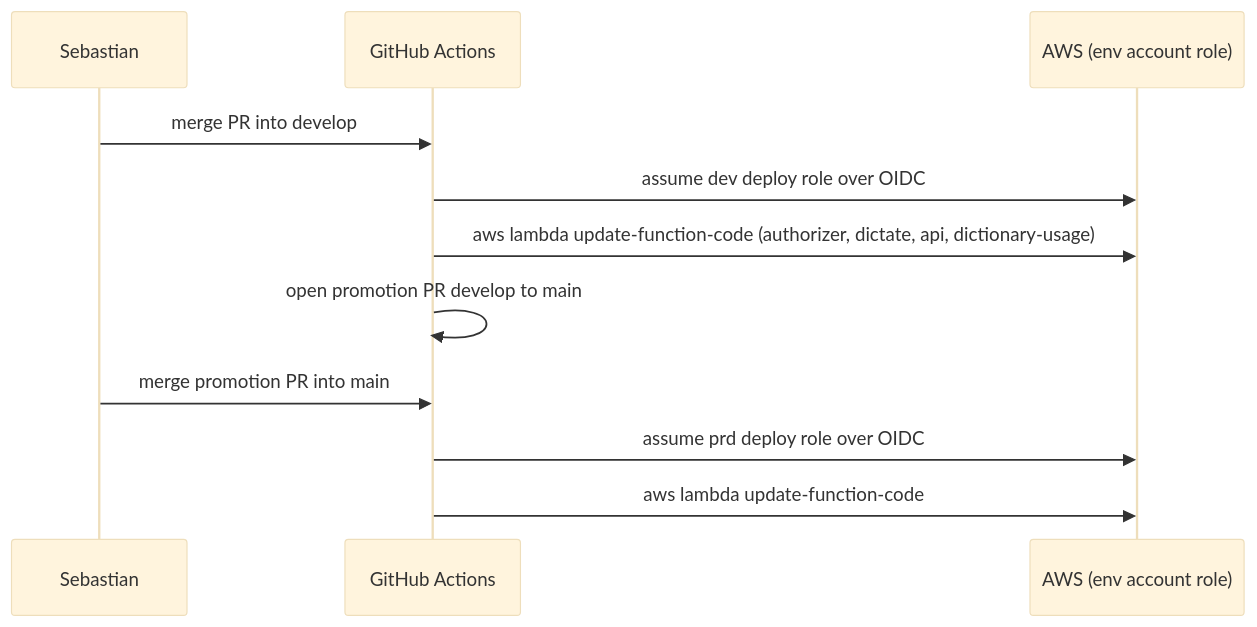
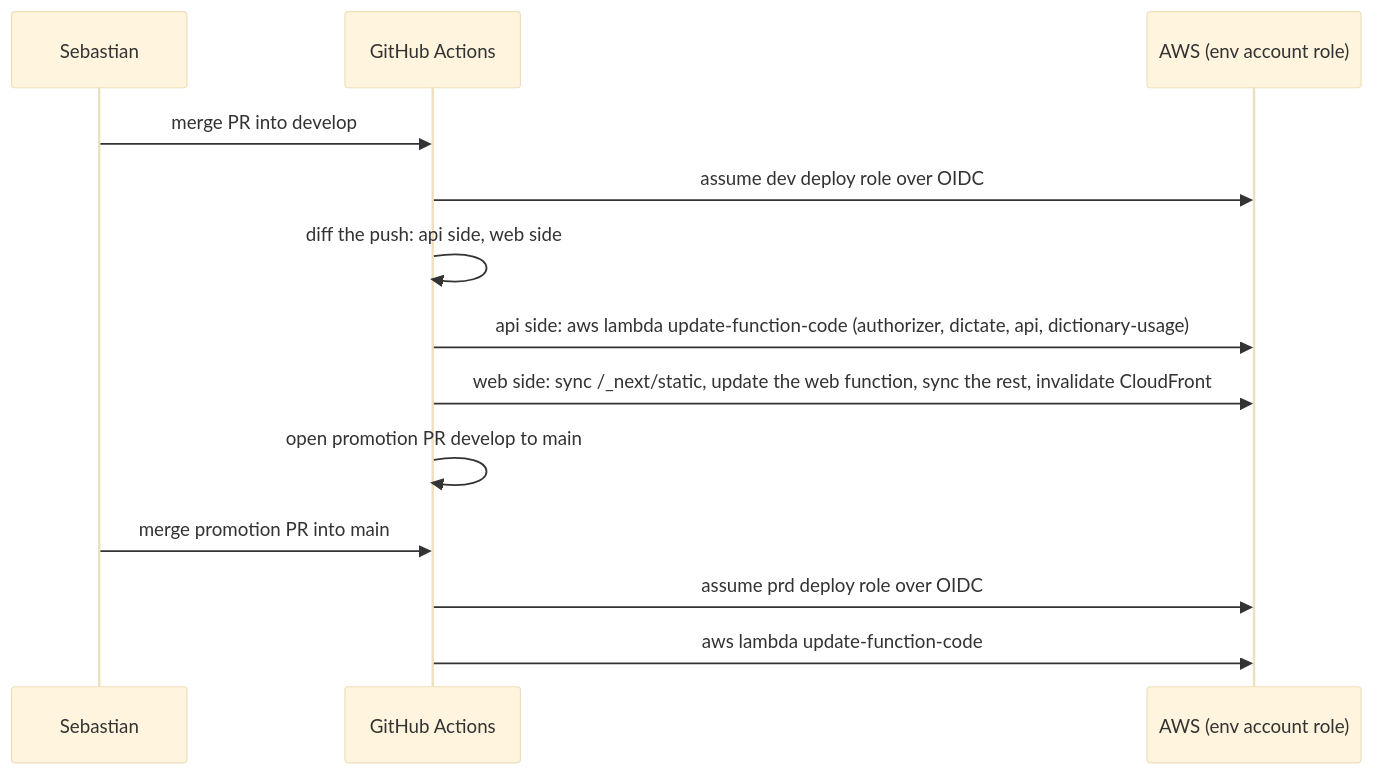
Before and after one commit to sebasfles/take-my-word: the diagram in docs/modules/infra/flows.md, drawn with Mermaid (base theme). The commit also changed other lines of this file and 10 other files, not shown here.

````diff
--- a/docs/modules/infra/flows.md
+++ b/docs/modules/infra/flows.md
@@ -14,13 +14,15 @@
 ```mermaid
 sequenceDiagram
   participant S as Sebastian
   participant G as GitHub Actions
   participant A as AWS (env account role)
   S->>G: merge PR into develop
   G->>A: assume dev deploy role over OIDC
-  G->>A: aws lambda update-function-code (authorizer, dictate, api, dictionary-usage)
+  G->>G: diff the push: api side, web side
+  G->>A: api side: aws lambda update-function-code (authorizer, dictate, api, dictionary-usage)
+  G->>A: web side: sync /_next/static, update the web function, sync the rest, invalidate CloudFront
   G->>G: open promotion PR develop to main
   S->>G: merge promotion PR into main
   G->>A: assume prd deploy role over OIDC
   G->>A: aws lambda update-function-code
 ```
````
